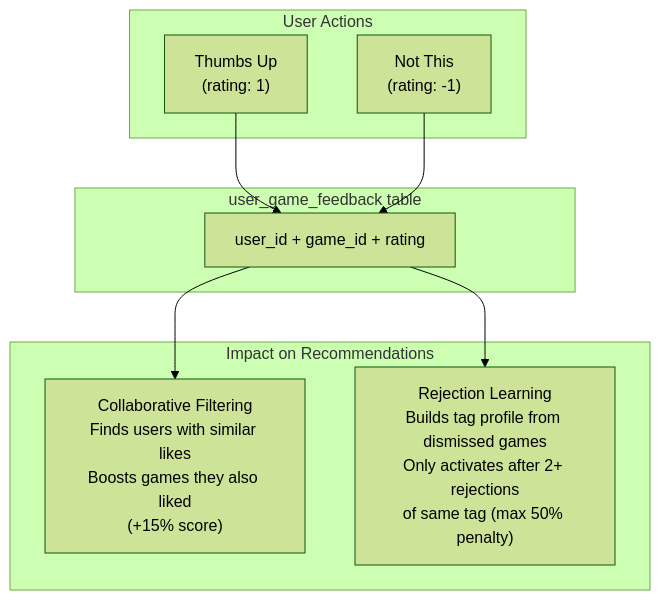
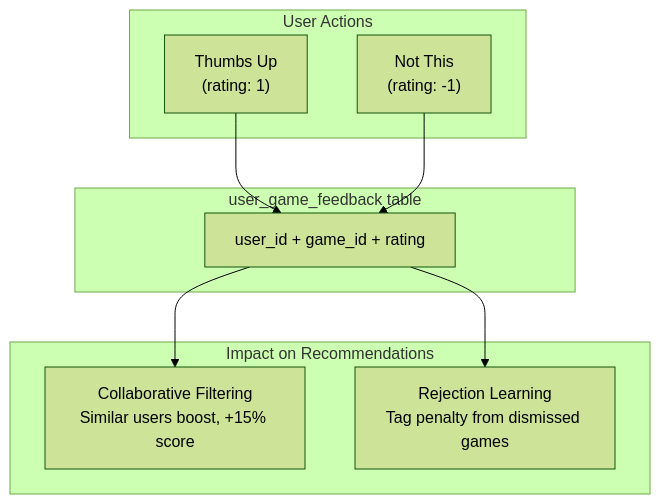
The fifth of 7 diagrams in docs/ARCHITECTURE.md (stopitdan/recommendagame), drawn with Mermaid (forest theme) before and after one commit. The commit also changed other lines of this file and 2 other files, not shown here.

First line of the commit message:
Fix mermaid diagrams: simplify nodes that caused 'Unsupported markdown: list'

````diff
--- a/docs/ARCHITECTURE.md
+++ b/docs/ARCHITECTURE.md
@@ -209,19 +209,19 @@
 ```mermaid
 flowchart TD
     subgraph Actions["User Actions"]
         UP["Thumbs Up<br/>(rating: 1)"]
         DOWN["Not This<br/>(rating: -1)"]
     end
 
     subgraph Storage["user_game_feedback table"]
         FB["user_id + game_id + rating"]
     end
 
     subgraph Effects["Impact on Recommendations"]
-        CF["Collaborative Filtering<br/>Finds users with similar likes<br/>Boosts games they also liked<br/>(+15% score)"]
-        REJ["Rejection Learning<br/>Builds tag profile from dismissed games<br/>Only activates after 2+ rejections<br/>of same tag (max 50% penalty)"]
+        CF["Collaborative Filtering<br/>Similar users boost, +15% score"]
+        REJ["Rejection Learning<br/>Tag penalty from dismissed games"]
     end
 
     UP --> FB --> CF
     DOWN --> FB --> REJ
 ```
````
